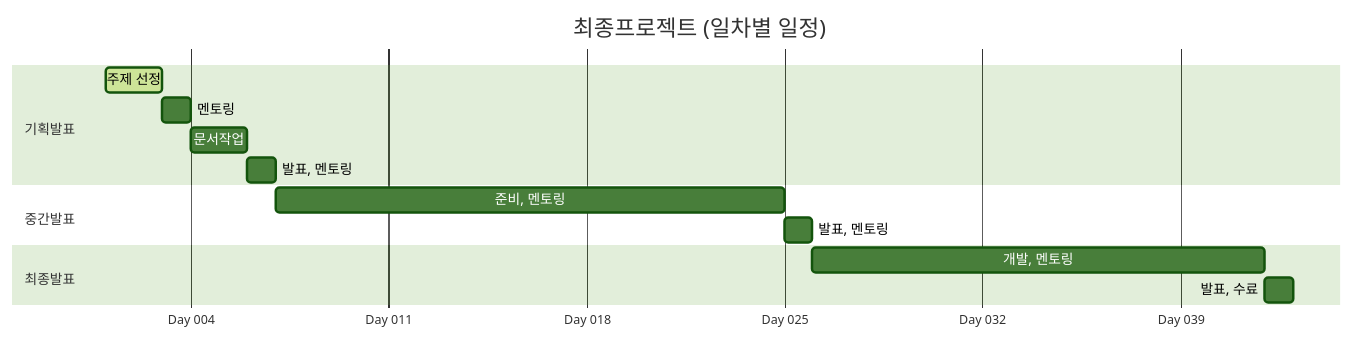
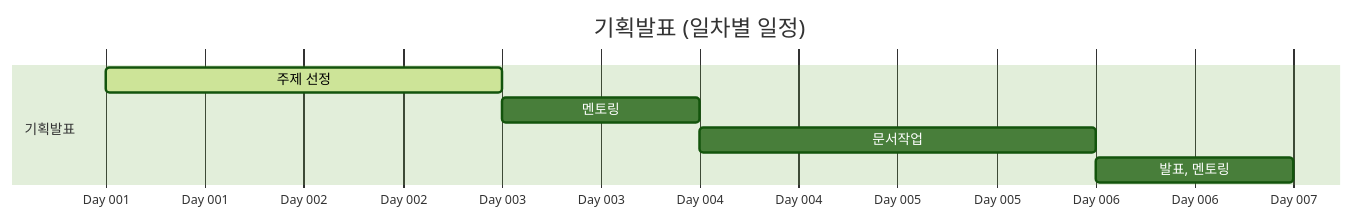
Before and after one commit to SAJOYO/.github: the second of 4 diagrams in profile/README.md, drawn with Mermaid (forest theme). The commit also changed other lines of this file, not shown here.

Commit message:
Update project timeline sections in README

````diff
--- a/profile/README.md
+++ b/profile/README.md
@@ -24,24 +26,16 @@
 ```mermaid
 gantt
-    title 최종프로젝트 (일차별 일정)
+    title 기획발표 (일차별 일정)
     dateFormat  YYYY-MM-DD
     
     %% 축을 일수(Day 01, Day 05...) 형태로 표시하고 5일 단위로 눈금을 끕니다
     axisFormat Day %j
     tickInterval 5d
 
     section 기획발표
     주제 선정                : active, a1, 2026-01-01, 2d
     멘토링                  : a2, after a1, 1d
     문서작업                 : a3, after a2, 2d
     발표, 멘토링              : a4, after a3, 1d
 
-    section 중간발표
-    준비, 멘토링             : b1, after a4, 18d
-    발표, 멘토링             : b2, after b1, 1d
-
-    section 최종발표
-    개발, 멘토링             : c1, after b2, 16d
-    발표, 수료               : c2, after c1, 1d
-
 ```
````
